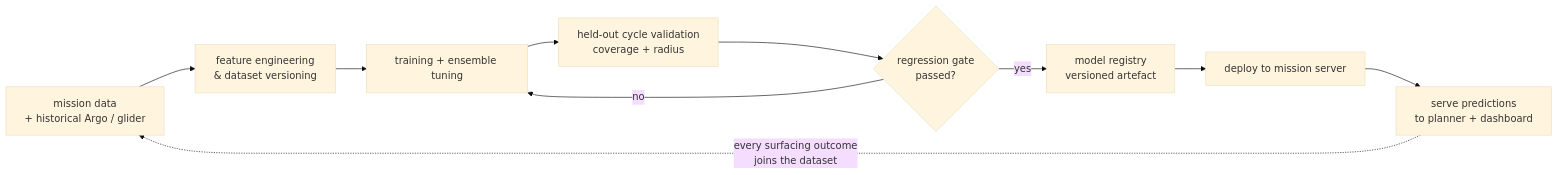
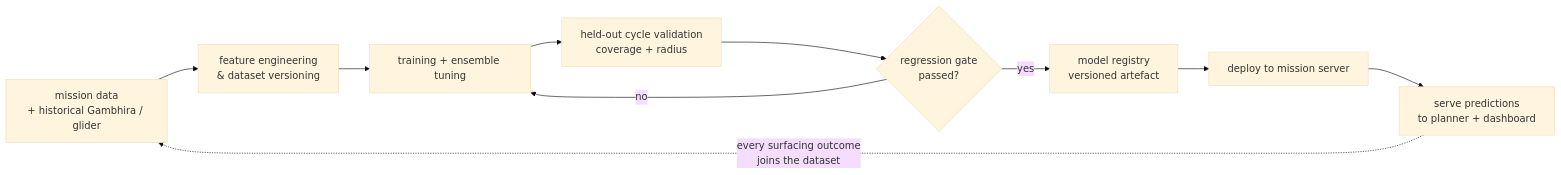
Before and after one commit to DAnuraag/Dhakshin: diagram 11 of 34 in README.md, drawn with Mermaid (base theme). The commit also changed other lines of this file, not shown here.

````diff
--- a/README.md
+++ b/README.md
@@ -2015,12 +2015,12 @@
 ```mermaid
 flowchart LR
-    A["mission data<br/>+ historical Argo / glider"] --> B["feature engineering<br/>& dataset versioning"]
+    A["mission data<br/>+ historical Gambhira / glider"] --> B["feature engineering<br/>& dataset versioning"]
     B --> C["training + ensemble tuning"]
     C --> D["held-out cycle validation<br/>coverage + radius"]
     D --> E{"regression gate<br/>passed?"}
     E -- "no" --> C
     E -- "yes" --> F["model registry<br/>versioned artefact"]
     F --> G["deploy to mission server"]
     G --> H["serve predictions<br/>to planner + dashboard"]
     H -. "every surfacing outcome<br/>joins the dataset" .-> A
 ```
````
